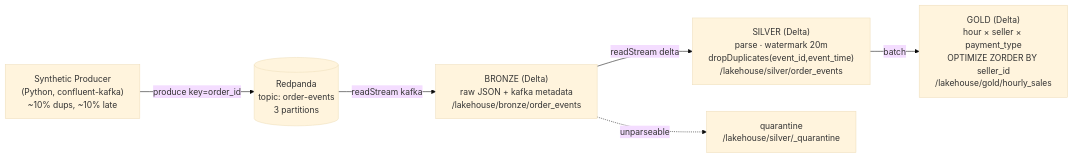
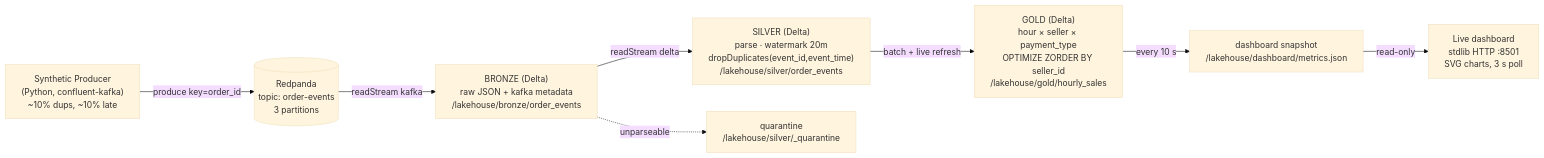
The diagram in README.md (saber2164/Real-Time-Streaming-Medallion-Lakehouse-Pipeline-), drawn with Mermaid (base theme) before and after one commit. The commit also changed other lines of this file and 12 other files, not shown here.

Commit message:
docs(dashboard): document the live dashboard and publish the showcase section

````diff
--- a/README.md
+++ b/README.md
@@ -22,8 +22,10 @@
 ```mermaid
 flowchart LR
     P["Synthetic Producer<br/>(Python, confluent-kafka)<br/>~10% dups, ~10% late"] -->|produce key=order_id| R[("Redpanda<br/>topic: order-events<br/>3 partitions")]
     R -->|readStream kafka| B["BRONZE (Delta)<br/>raw JSON + kafka metadata<br/>/lakehouse/bronze/order_events"]
     B -->|readStream delta| S["SILVER (Delta)<br/>parse · watermark 20m<br/>dropDuplicates(event_id,event_time)<br/>/lakehouse/silver/order_events"]
-    S -->|batch| G["GOLD (Delta)<br/>hour × seller × payment_type<br/>OPTIMIZE ZORDER BY seller_id<br/>/lakehouse/gold/hourly_sales"]
+    S -->|batch + live refresh| G["GOLD (Delta)<br/>hour × seller × payment_type<br/>OPTIMIZE ZORDER BY seller_id<br/>/lakehouse/gold/hourly_sales"]
+    G -->|every 10 s| M["dashboard snapshot<br/>/lakehouse/dashboard/metrics.json"]
+    M -->|read-only| D["Live dashboard<br/>stdlib HTTP :8501<br/>SVG charts, 3 s poll"]
     B -. unparseable .-> Q["quarantine<br/>/lakehouse/silver/_quarantine"]
 ```
````
